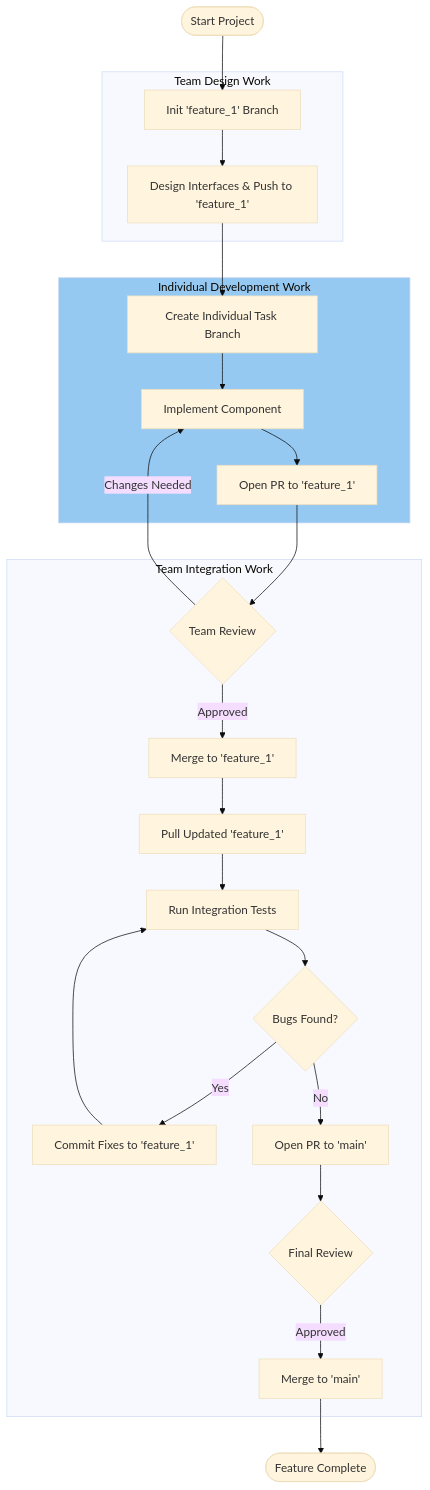
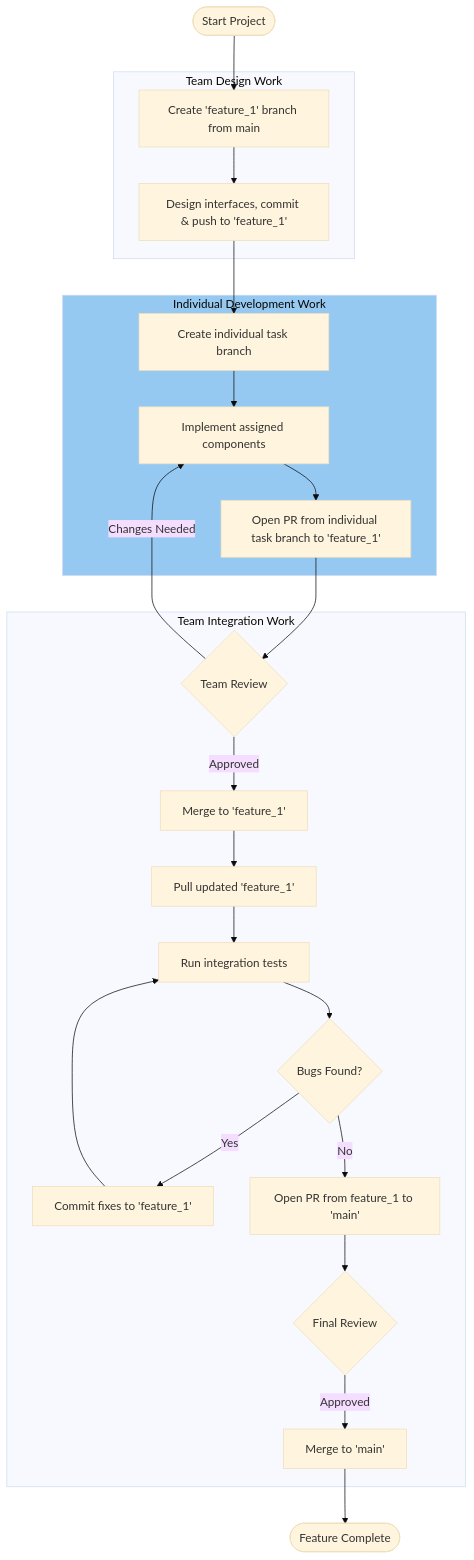
Before and after one commit to cse4504-wustl/workflow: the first of 2 diagrams in README.md, drawn with Mermaid (base theme).

Commit message:
Update workflow diagram in README.md for clarity

````diff
--- a/README.md
+++ b/README.md
@@ -2,30 +2,30 @@
 ```mermaid
 flowchart TD
-    Start([Start Project]) --> InitFeature[Init 'feature_1' Branch]
+    Start([Start Project]) --> InitFeature[Create 'feature_1' branch from main]
     subgraph Team_Start [Team Design Work]
-    InitFeature --> Design[Design Interfaces & Push to 'feature_1']
+    InitFeature --> Design[Design interfaces, commit & push to 'feature_1']
     end
 
     subgraph Indiv_Work [Individual Development Work]
-    Design --> BranchInd[Create Individual Task Branch]
-    BranchInd --> Implement[Implement Component]
-    Implement --> PR_Ind[Open PR to 'feature_1']
+    Design --> BranchInd[Create individual task branch]
+    BranchInd --> Implement[Implement assigned components]
+    Implement --> PR_Ind[Open PR from individual task branch to 'feature_1']
     end
     style Indiv_Work fill:#96C9F2
 
     subgraph Team Integration Work
     Review_Ind -- Changes Needed --> Implement
     PR_Ind --> Review_Ind{Team Review}
     Review_Ind -- Approved --> Merge_Ind[Merge to 'feature_1']    
-    Merge_Ind --> Pull[Pull Updated 'feature_1']
-    Pull --> Test[Run Integration Tests]
+    Merge_Ind --> Pull[Pull updated 'feature_1']
+    Pull --> Test[Run integration tests]
     Test --> Fix{Bugs Found?}
-    Fix -- Yes --> FixCommit[Commit Fixes to 'feature_1']
+    Fix -- Yes --> FixCommit[Commit fixes to 'feature_1']
     FixCommit --> Test
-    Fix -- No --> FinalPR[Open PR to 'main']
+    Fix -- No --> FinalPR[Open PR from feature_1 to 'main']
     FinalPR --> Review_Final{Final Review}
     Review_Final -- Approved --> MainMerge[Merge to 'main']
     end
 
     MainMerge --> Done([Feature Complete])
 ```
````
